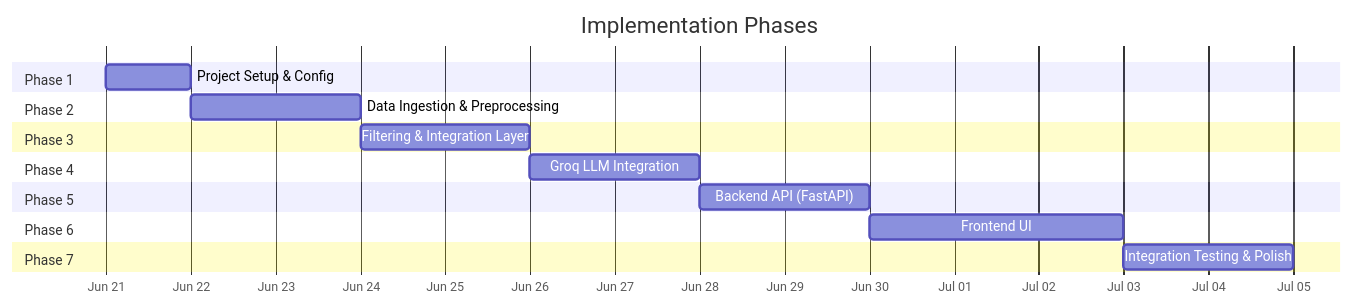
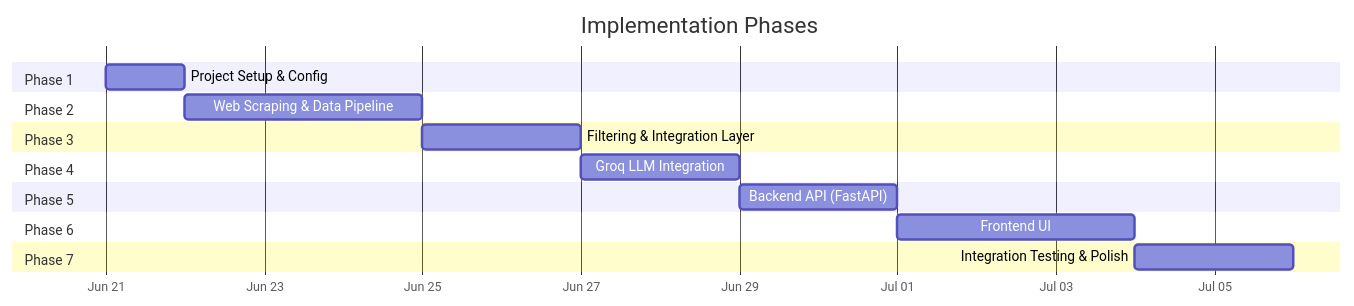
Before and after one commit to jhasanjeev94/Zomato-Project: the first of 2 diagrams in docs/implementation-plan.md, drawn with Mermaid. The commit also changed other lines of this file and 16 other files, not shown here.

Commit message:
feat: migrate from HuggingFace to Zomato live web scraping

````diff
--- a/docs/implementation-plan.md
+++ b/docs/implementation-plan.md
@@ -9,27 +12,27 @@
 ```mermaid
 gantt
     title Implementation Phases
     dateFormat  YYYY-MM-DD
     axisFormat  %b %d
 
     section Phase 1
     Project Setup & Config           :p1, 2026-06-21, 1d
 
     section Phase 2
-    Data Ingestion & Preprocessing   :p2, after p1, 2d
+    Web Scraping & Data Pipeline     :p2, after p1, 3d
 
     section Phase 3
     Filtering & Integration Layer    :p3, after p2, 2d
 
     section Phase 4
     Groq LLM Integration             :p4, after p3, 2d
 
     section Phase 5
     Backend API (FastAPI)            :p5, after p4, 2d
 
     section Phase 6
     Frontend UI                      :p6, after p5, 3d
 
     section Phase 7
     Integration Testing & Polish     :p7, after p6, 2d
 ```
````
